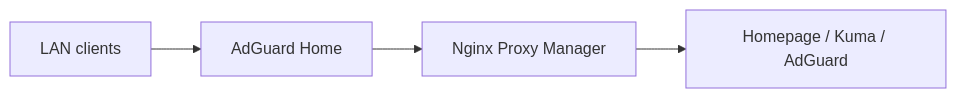
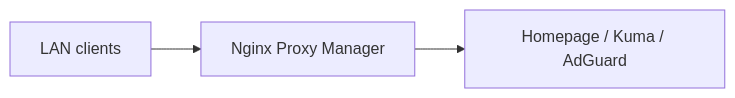
Before and after one commit to ryoo2001/homelab-infra: the second of 3 diagrams in README.md, drawn with Mermaid. The commit also changed other lines of this file and 3 other files, not shown here.

````diff
--- a/README.md
+++ b/README.md
@@ -54,6 +54,5 @@
 ```mermaid
 flowchart LR
-  lanClient[LAN clients] --> adguard[AdGuard Home]
-  adguard --> npm[Nginx Proxy Manager]
+  lanClient[LAN clients] --> npm[Nginx Proxy Manager]
   npm --> internalServices[Homepage / Kuma / AdGuard]
 ```
````
